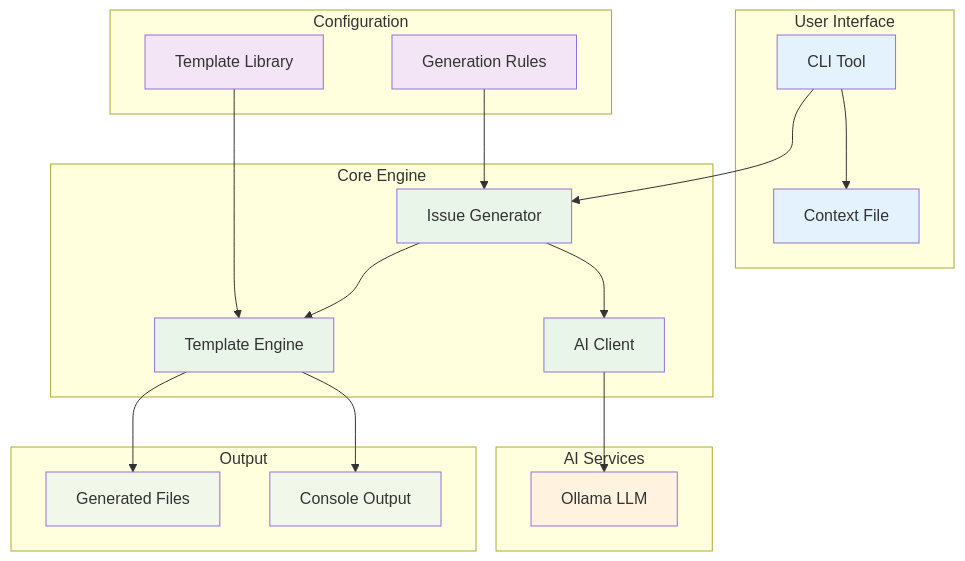
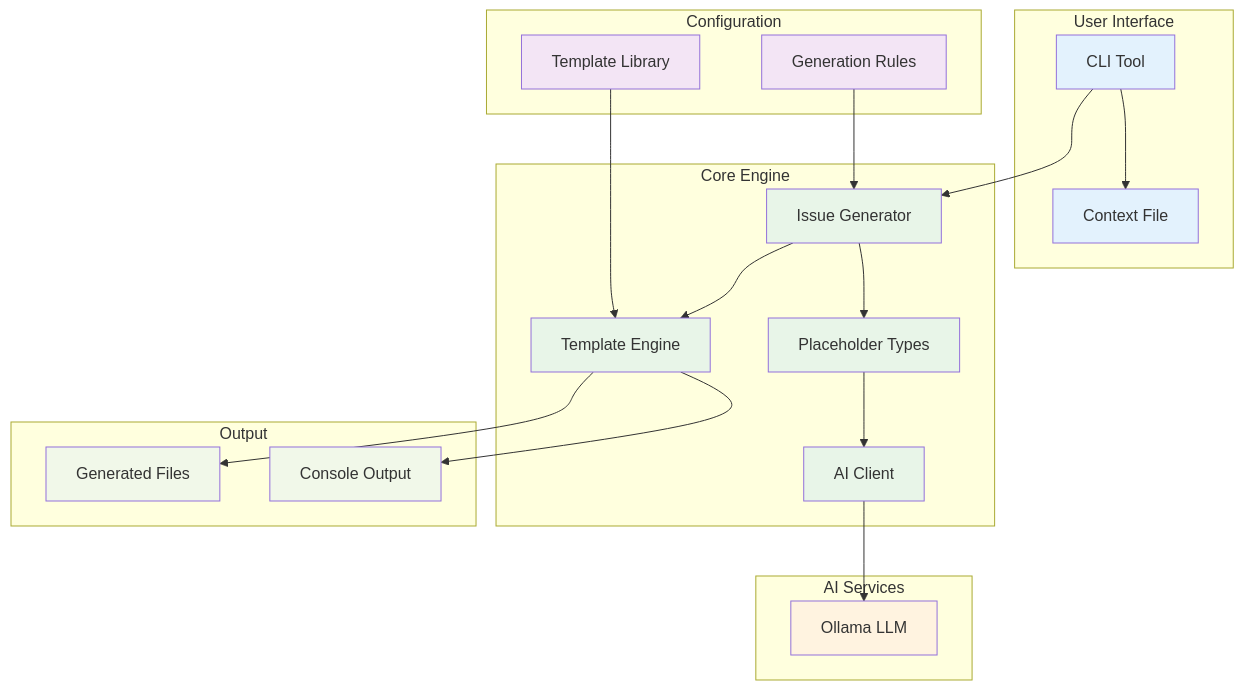
Before and after one commit to GRJX/template-drafter: the diagram in README.md, drawn with Mermaid. The commit also changed other lines of this file and 4 other files, not shown here.

Commit message:
Enhance README installation instructions and add new PlaceholderTypes class for content generation

````diff
--- a/README.md
+++ b/README.md
@@ -138,53 +145,55 @@
 ```mermaid
 graph TB
     subgraph "User Interface"
         CLI[CLI Tool]
         Input[Context File]
     end
-    
+
     subgraph "Configuration"
         Templates[Template Library]
         Config[Generation Rules]
     end
-    
+
     subgraph "Core Engine"
         Generator[Issue Generator]
+        PlaceholderTypes[Placeholder Types]
         Templating[Template Engine]
         AIClient[AI Client]
     end
-    
+
     subgraph "AI Services"
         Ollama[Ollama LLM]
     end
-    
+
     subgraph "Output"
         Files[Generated Files]
         Console[Console Output]
     end
-    
+
     CLI --> Input
     CLI --> Generator
-    
+
     Templates --> Templating
     Config --> Generator
-    
+
+    Generator --> PlaceholderTypes
     Generator --> Templating
-    Generator --> AIClient
-    
+    PlaceholderTypes --> AIClient
+
     AIClient --> Ollama
-    
+
     Templating --> Files
     Templating --> Console
-    
+
     classDef ui fill:#e3f2fd
     classDef config fill:#f3e5f5
     classDef core fill:#e8f5e8
     classDef ai fill:#fff3e0
     classDef output fill:#f1f8e9
-    
+
     class CLI,Input ui
     class Templates,Config config
-    class Generator,Templating,AIClient core
+    class Generator,PlaceholderTypes,Templating,AIClient core
     class Ollama ai
     class Files,Console output
 ```
````
